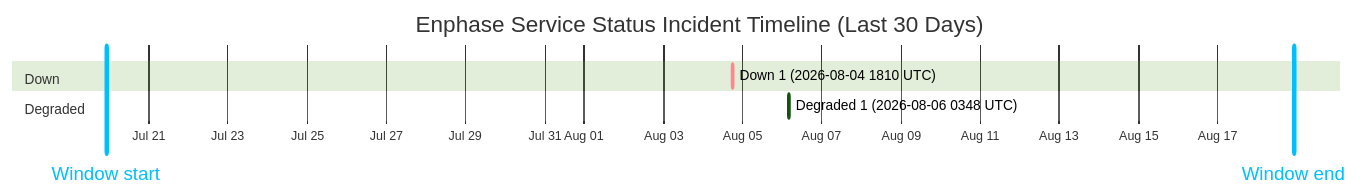
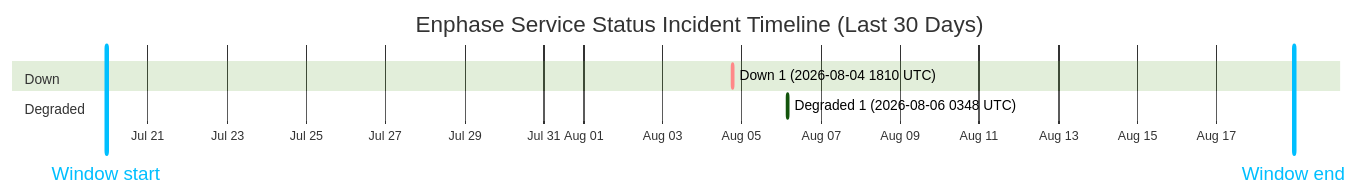
The diagram in wiki/Service-Status-History.md (barneyonline/ha-enphase-energy), drawn with Mermaid (forest theme) before and after one commit. The commit also changed other lines of this file and 3 other files, not shown here.

````diff
--- a/wiki/Service-Status-History.md
+++ b/wiki/Service-Status-History.md
@@ -14,12 +14,12 @@
 ```mermaid
 gantt
     title Enphase Service Status Incident Timeline (Last 30 Days)
     dateFormat  YYYY-MM-DDTHH:mm:ss
     axisFormat  %b %d
-    Window start :vert, window-start, 2026-07-19T22:20:33, 0ms
-    Window end :vert, window-end, 2026-08-18T22:20:33, 0ms
+    Window start :vert, window-start, 2026-07-19T22:50:05, 0ms
+    Window end :vert, window-end, 2026-08-18T22:50:05, 0ms
     section Down
     Down 1 (2026-08-04 1810 UTC) :crit, down-1, 2026-08-04T18:10:46, 60m
     section Degraded
     Degraded 1 (2026-08-06 0348 UTC) :active, degraded-1, 2026-08-06T03:48:14, 60m
 ```
````
